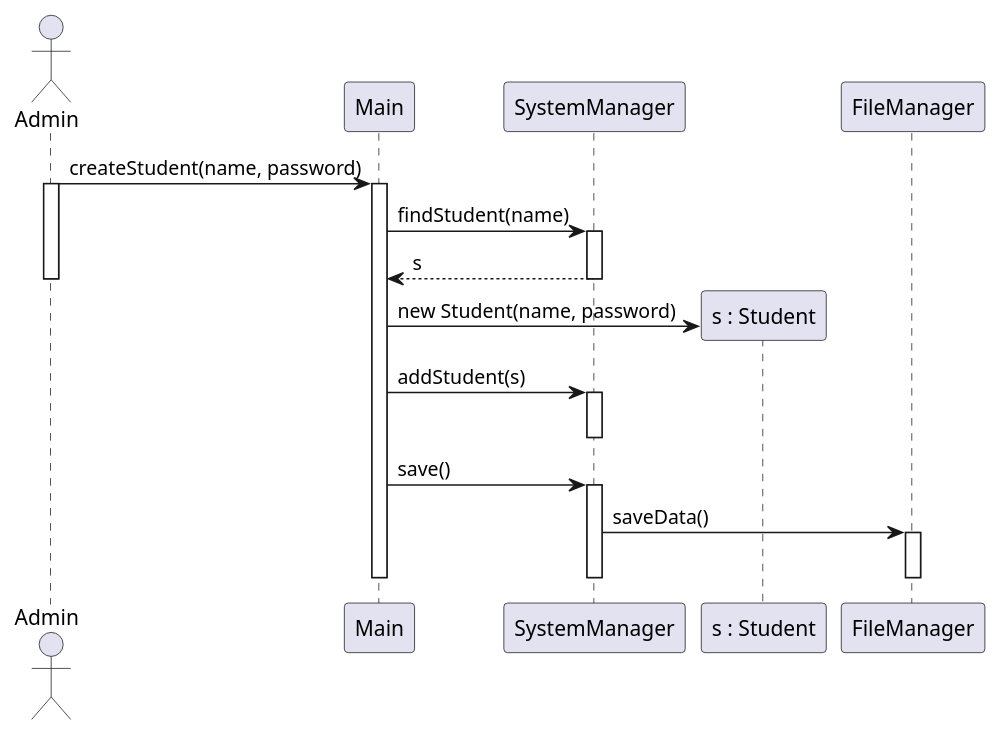
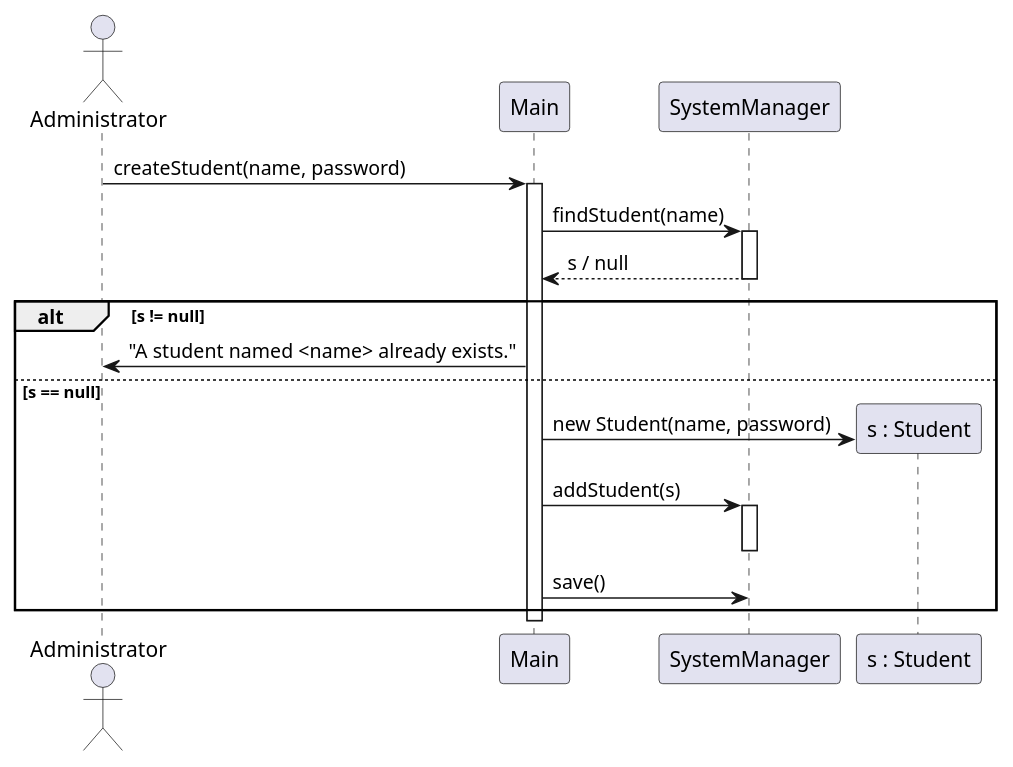
One commit to localhost433/OOPFinalProject changed the diagram in docs/create-student-sequence.puml. Above: the diagram before and after it, drawn with PlantUML. The commit also changed 10 other files, not shown here.

Commit message:
seq diagrams

```diff
--- a/docs/create-student-sequence.puml
+++ b/docs/create-student-sequence.puml
@@ -1,36 +1,32 @@
 @startuml create-student-sequence
-' Sequence diagram — Admin creates a student profile (Main.createStudent)
+' Sequence diagram — Administrator adds a student (Main.createStudent)
 
-actor Admin as admin
+actor Administrator as administrator
 
 participant "Main" as main
 participant "SystemManager" as sys
 participant "s : Student" as sObj
-participant "FileManager" as file
 
-admin -> main : createStudent(name, password)
-activate admin
+administrator -> main : createStudent(name, password)
 activate main
 
 main -> sys : findStudent(name)
 activate sys
-sys --> main : s
-deactivate sys
-deactivate admin
-
-main -> sObj ** : new Student(name, password)
-
-main -> sys : addStudent(s)
-activate sys
+sys --> main : s / null
 deactivate sys
 
-main -> sys : save()
-activate sys
-sys -> file : saveData()
-activate file
-deactivate file
-deactivate sys
+alt s != null
+    main -> administrator : "A student named <name> already exists."
+else s == null
+    main -> sObj ** : new Student(name, password)
+
+    main -> sys : addStudent(s)
+    activate sys
+    deactivate sys
+
+    main -> sys : save()
+end
 
 deactivate main
 
 @enduml
```
